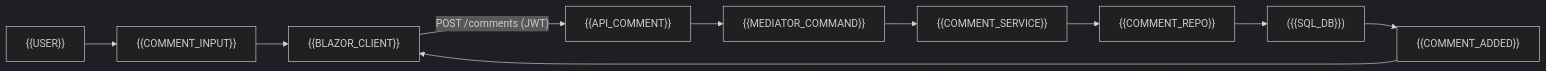
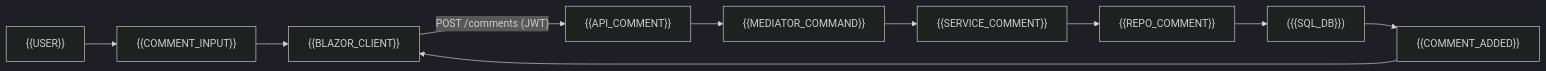
One commit to lchouville/NexaCore changed the diagram in Documents/Edition-files/DataFlow/comment_creation.mmd. Above: the diagram before and after it, drawn with Mermaid. The commit also changed 148 other files, not shown here.

Commit message:
Add French translations for UI elements, API backend, architecture, database tables, fields, and types; remove outdated French translations; add English translations for new keys; update README with usage instructions.

```diff
--- a/Documents/Edition-files/DataFlow/comment_creation.mmd
+++ b/Documents/Edition-files/DataFlow/comment_creation.mmd
@@ -1,16 +1,29 @@
 ---
 config:
   theme: dark
   look: classic
   layout: flowchart
 ---
 flowchart LR
-    USER["{{USER}}"] --> COMMENT["{{COMMENT_INPUT}}"]
-    COMMENT --> BLAZOR["{{BLAZOR_CLIENT}}"]
-    BLAZOR -->|"POST /comments (JWT)"| API_COMMENT["{{API_COMMENT}}"]
-    API_COMMENT --> MEDIATOR["{{MEDIATOR_COMMAND}}"]
-    MEDIATOR --> COMMENT_SVC["{{COMMENT_SERVICE}}"]
-    COMMENT_SVC --> COMMENT_REPO["{{COMMENT_REPO}}"]
-    COMMENT_REPO --> DB["({{SQL_DB}})"]
-    DB --> ADDED["{{COMMENT_ADDED}}"]
+
+%% Nodes definition
+    USER["{{USER}}"] 
+    COMMENT["{{COMMENT_INPUT}}"]
+    BLAZOR["{{BLAZOR_CLIENT}}"]
+    API_COMMENT["{{API_COMMENT}}"]
+    MEDIATOR["{{MEDIATOR_COMMAND}}"]
+    COMMENT_SVC["{{SERVICE_COMMENT}}"]
+    REPO_COMMENT["{{REPO_COMMENT}}"]
+    DB["({{SQL_DB}})"]
+    ADDED["{{COMMENT_ADDED}}"]
+
+%% Flow definition
+    USER --> COMMENT
+    COMMENT --> BLAZOR
+    BLAZOR -->|"POST /comments (JWT)"| API_COMMENT
+    API_COMMENT --> MEDIATOR
+    MEDIATOR --> COMMENT_SVC
+    COMMENT_SVC --> REPO_COMMENT
+    REPO_COMMENT --> DB
+    DB --> ADDED
     ADDED --> BLAZOR
```
